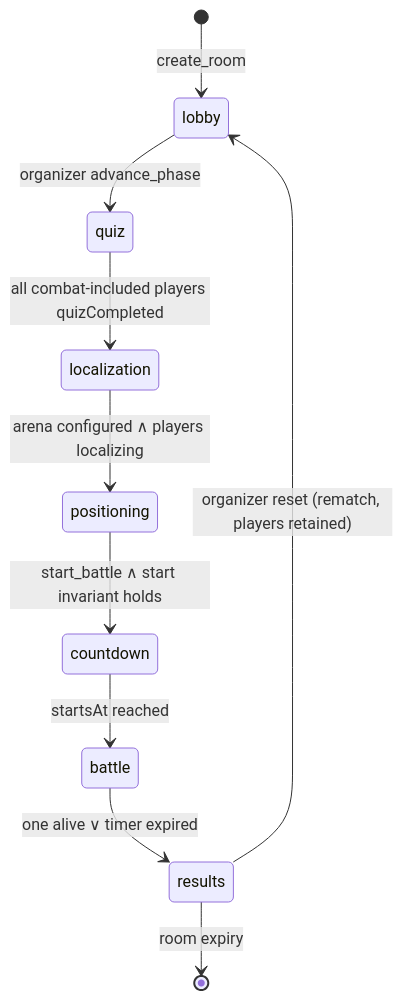
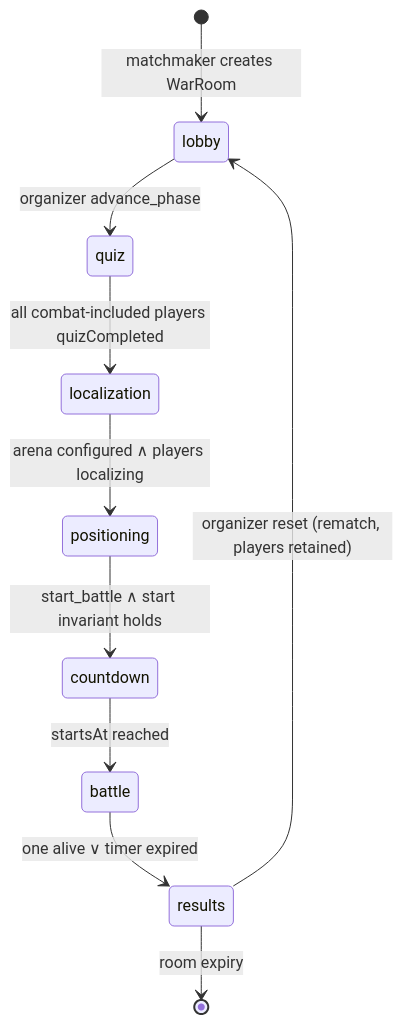
The eighth of 9 diagrams in ARCHITECTURE.md (Vaibtan/CodexWars), drawn with Mermaid before and after one commit. The commit also changed other lines of this file and 14 other files, not shown here.

Commit message:
docs: harden P0 architecture and align scaffold

````diff
--- a/ARCHITECTURE.md
+++ b/ARCHITECTURE.md
@@ -213,12 +240,12 @@
 ```mermaid
 stateDiagram-v2
-    [*] --> lobby: create_room
+    [*] --> lobby: matchmaker creates WarRoom
     lobby --> quiz: organizer advance_phase
     quiz --> localization: all combat-included players quizCompleted
     localization --> positioning: arena configured ∧ players localizing
     positioning --> countdown: start_battle ∧ start invariant holds
     countdown --> battle: startsAt reached
     battle --> results: one alive ∨ timer expired
     results --> lobby: organizer reset (rematch, players retained)
     results --> [*]: room expiry
 ```
````
